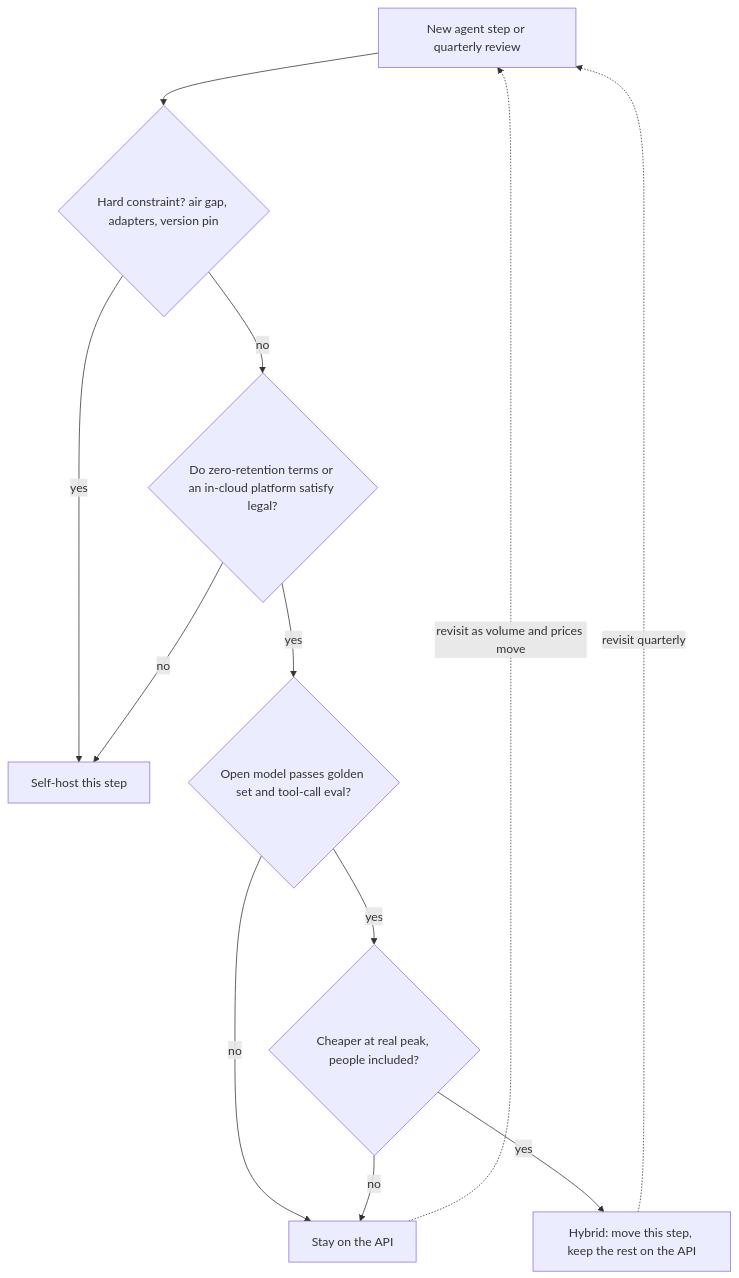
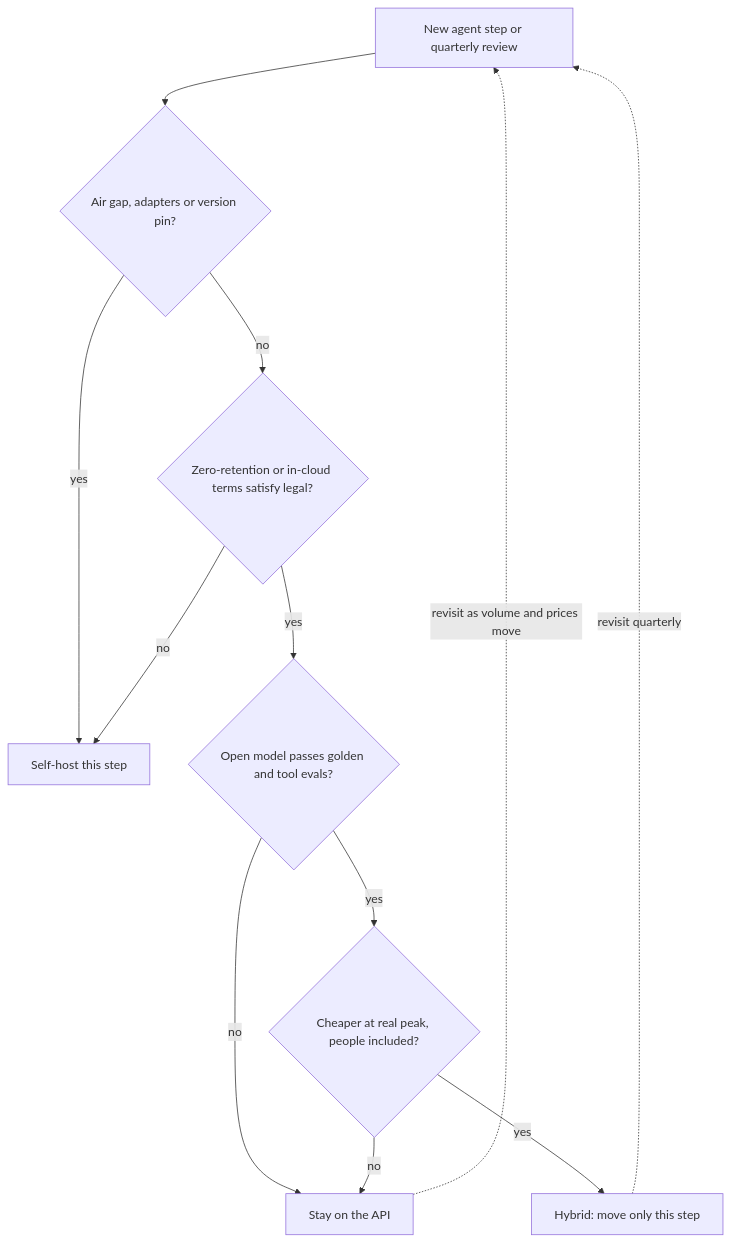
The diagram in content/system-design/self-host-vs-api.md (lovishmahajan97/agentic-learning), drawn with Mermaid before and after one commit. The commit also changed other lines of this file and 454 other files, not shown here.

````diff
--- a/content/system-design/self-host-vs-api.md
+++ b/content/system-design/self-host-vs-api.md
@@ -137,14 +139,14 @@
 ```mermaid
 flowchart TD
-    S["New agent step or quarterly review"] --> C{"Hard constraint? air gap, adapters, version pin"}
+    S["New agent step or quarterly review"] --> C{"Air gap, adapters or version pin?"}
     C -->|"yes"| H["Self-host this step"]
-    C -->|"no"| T{"Do zero-retention terms or an in-cloud platform satisfy legal?"}
+    C -->|"no"| T{"Zero-retention or in-cloud terms satisfy legal?"}
     T -->|"no"| H
-    T -->|"yes"| E{"Open model passes golden set and tool-call eval?"}
+    T -->|"yes"| E{"Open model passes golden and tool evals?"}
     E -->|"no"| A["Stay on the API"]
     E -->|"yes"| U{"Cheaper at real peak, people included?"}
     U -->|"no"| A
-    U -->|"yes"| HY["Hybrid: move this step, keep the rest on the API"]
+    U -->|"yes"| HY["Hybrid: move only this step"]
     A -.->|"revisit as volume and prices move"| S
     HY -.->|"revisit quarterly"| S
 ```
````
